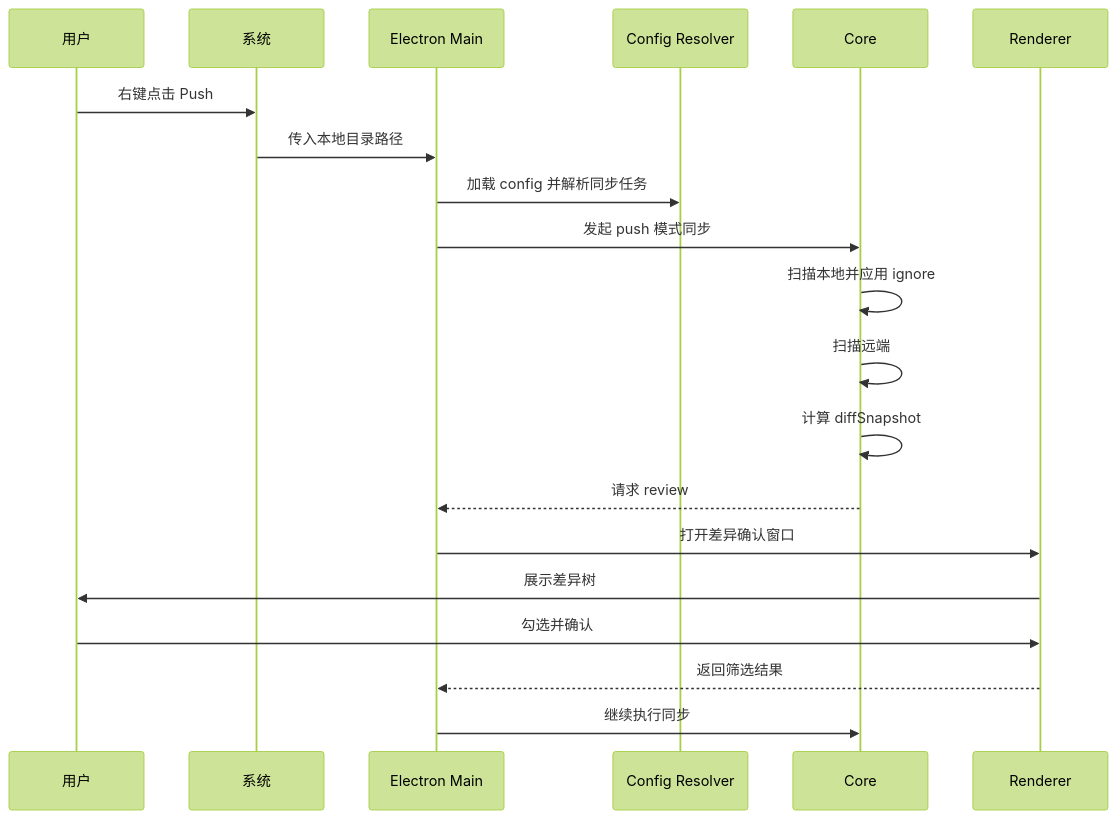
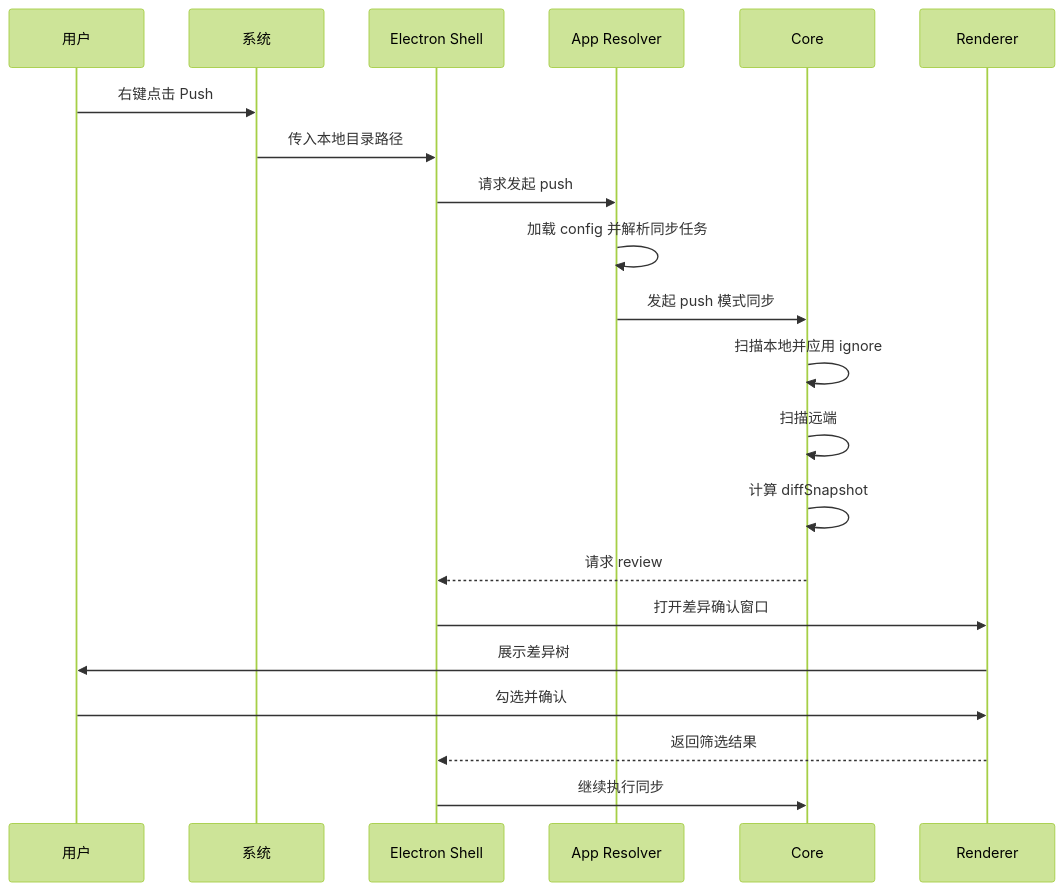
The second of 7 diagrams in docs/Flows.md (agalloch21/sync-with-rclone), drawn with Mermaid (forest theme) before and after one commit. The commit also changed other lines of this file and 20 other files, not shown here.

````diff
--- a/docs/Flows.md
+++ b/docs/Flows.md
@@ -46,23 +47,24 @@
 ```mermaid
 sequenceDiagram
   participant U as 用户
   participant OS as 系统
-  participant M as Electron Main
-  participant G as Config Resolver
+  participant M as Electron Shell
+  participant A as App Resolver
   participant C as Core
   participant R as Renderer
 
   U->>OS: 右键点击 Push
   OS->>M: 传入本地目录路径
-  M->>G: 加载 config 并解析同步任务
-  M->>C: 发起 push 模式同步
+  M->>A: 请求发起 push
+  A->>A: 加载 config 并解析同步任务
+  A->>C: 发起 push 模式同步
   C->>C: 扫描本地并应用 ignore
   C->>C: 扫描远端
   C->>C: 计算 diffSnapshot
   C-->>M: 请求 review
   M->>R: 打开差异确认窗口
   R->>U: 展示差异树
   U->>R: 勾选并确认
   R-->>M: 返回筛选结果
   M->>C: 继续执行同步
 ```
````
